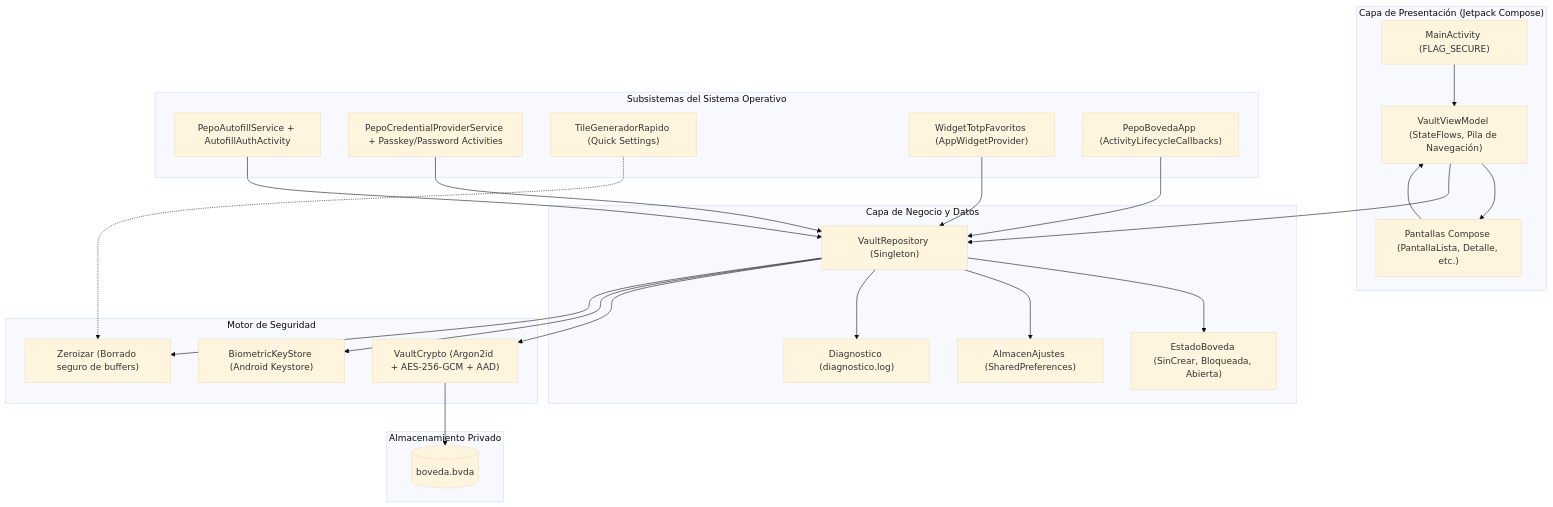
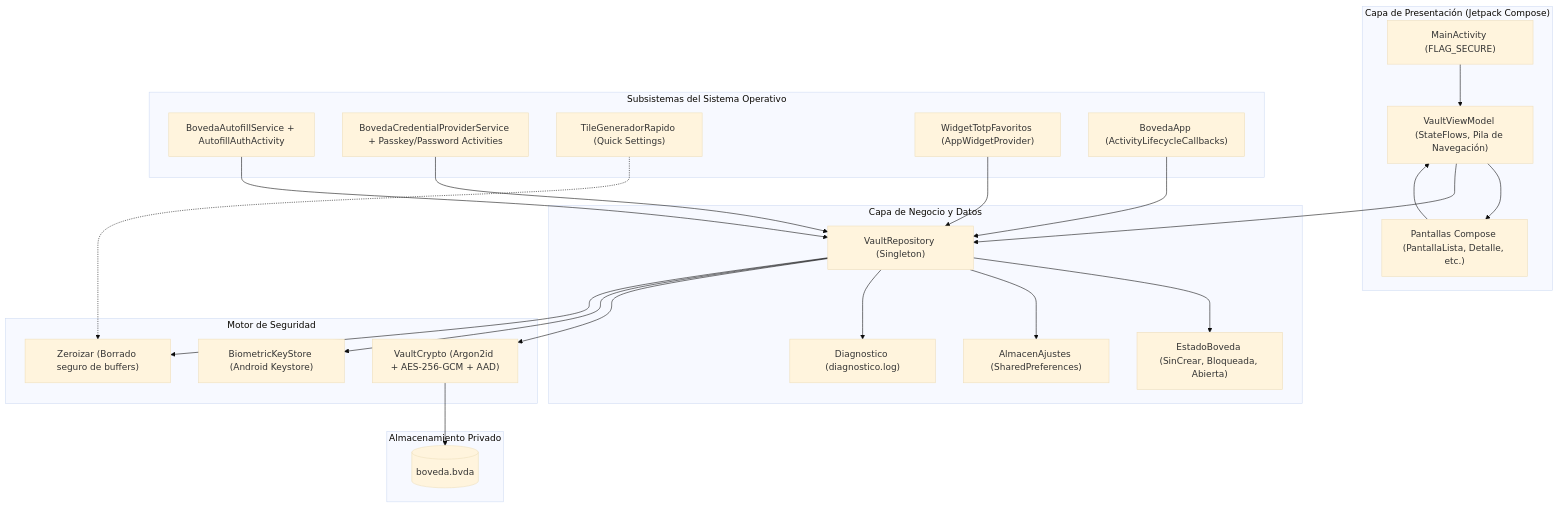
Before and after one commit to jlnavas3/boveda: the diagram in ARQUITECTURA.md, drawn with Mermaid (base theme). The commit also changed other lines of this file and 61 other files, not shown here.

Commit message:
refactor: eliminar nombre legado pepo y unificar como Boveda Local

````diff
--- a/ARQUITECTURA.md
+++ b/ARQUITECTURA.md
@@ -131,55 +131,55 @@
 ```mermaid
 flowchart TD
     subgraph UI ["Capa de Presentación (Jetpack Compose)"]
         MainActivity["MainActivity (FLAG_SECURE)"]
         Screens["Pantallas Compose (PantallaLista, Detalle, etc.)"]
         VVM["VaultViewModel (StateFlows, Pila de Navegación)"]
     end
 
     subgraph Core ["Capa de Negocio y Datos"]
         Repo["VaultRepository (Singleton)"]
         AjustesRepo["AlmacenAjustes (SharedPreferences)"]
         EstadoBoveda["EstadoBoveda (SinCrear, Bloqueada, Abierta)"]
         Diag["Diagnostico (diagnostico.log)"]
     end
 
     subgraph Cripto ["Motor de Seguridad"]
         VCrypto["VaultCrypto (Argon2id + AES-256-GCM + AAD)"]
         BKeyStore["BiometricKeyStore (Android Keystore)"]
         Memoria["Zeroizar (Borrado seguro de buffers)"]
     end
 
     subgraph AndroidOS ["Subsistemas del Sistema Operativo"]
-        Autofill["PepoAutofillService + AutofillAuthActivity"]
-        CredMan["PepoCredentialProviderService + Passkey/Password Activities"]
+        Autofill["BovedaAutofillService + AutofillAuthActivity"]
+        CredMan["BovedaCredentialProviderService + Passkey/Password Activities"]
         QSTile["TileGeneradorRapido (Quick Settings)"]
         AppWidget["WidgetTotpFavoritos (AppWidgetProvider)"]
-        AppLifecycle["PepoBovedaApp (ActivityLifecycleCallbacks)"]
+        AppLifecycle["BovedaApp (ActivityLifecycleCallbacks)"]
     end
 
     subgraph Storage ["Almacenamiento Privado"]
         VaultFile[("boveda.bvda")]
     end
 
     %% Conexiones UI
     MainActivity --> VVM
     Screens --> VVM
     VVM --> Screens
     VVM --> Repo
 
     %% Conexiones Core
     Repo --> EstadoBoveda
     Repo --> AjustesRepo
     Repo --> Diag
     Repo --> VCrypto
     Repo --> BKeyStore
     Repo --> Memoria
     VCrypto --> VaultFile
 
     %% Conexiones Android OS
     AppLifecycle --> Repo
     Autofill --> Repo
     CredMan --> Repo
     QSTile -.-> Memoria
     AppWidget --> Repo
 ```
````
